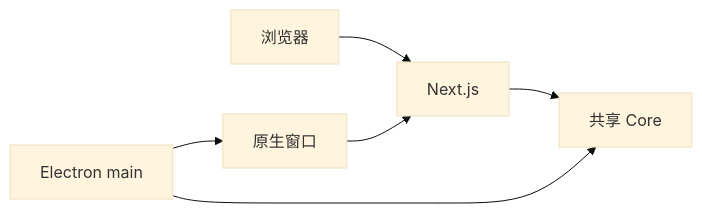
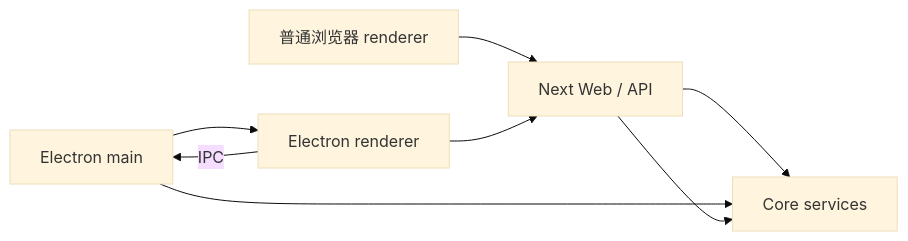
Before and after one commit to LavaCourage07/startupOS: the diagram in learning-note/full-project-course-v2/textbook/part-a-system-foundation/A04-runtime-shapes-and-entry-points.md, drawn with Mermaid (base theme). The commit also changed other lines of this file and 560 other files, not shown here.

````diff
--- a/learning-note/full-project-course-v2/textbook/part-a-system-foundation/A04-runtime-shapes-and-entry-points.md
+++ b/learning-note/full-project-course-v2/textbook/part-a-system-foundation/A04-runtime-shapes-and-entry-points.md
@@ -11,8 +21,10 @@
 ```mermaid
 flowchart LR
-    Browser[浏览器] --> Next[Next.js]
-    Electron[Electron main] --> Native[原生窗口]
-    Native --> Next
-    Next --> Core[共享 Core]
-    Electron --> Core
+    B[普通浏览器 renderer] --> N[Next Web / API]
+    N --> C[Core services]
+    E[Electron main] --> R[Electron renderer]
+    R --> N
+    R -->|IPC| E
+    E --> C
+    N --> C
 ```
````
